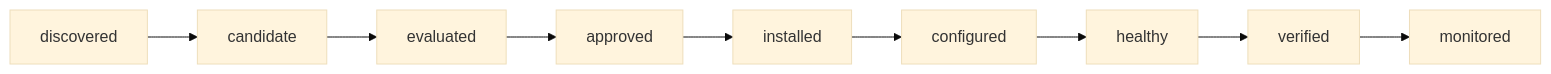
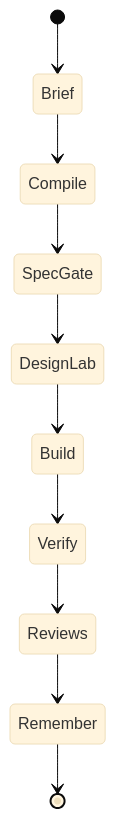
One commit to mahik504/orchestra-workflow changed the third of 10 diagrams in README.md. Above: the diagram before and after it, drawn with Mermaid (base theme). The commit also changed other lines of this file and 416 other files, not shown here.

````diff
--- a/README.md
+++ b/README.md
@@ -55,5 +65,12 @@
 ```mermaid
-flowchart LR
-  discovered --> candidate --> evaluated --> approved --> installed
-  installed --> configured --> healthy --> verified --> monitored
+stateDiagram-v2
+  [*] --> Brief
+  Brief --> Compile
+  Compile --> SpecGate
+  SpecGate --> DesignLab
+  DesignLab --> Build
+  Build --> Verify
+  Verify --> Reviews
+  Reviews --> Remember
+  Remember --> [*]
 ```
````
